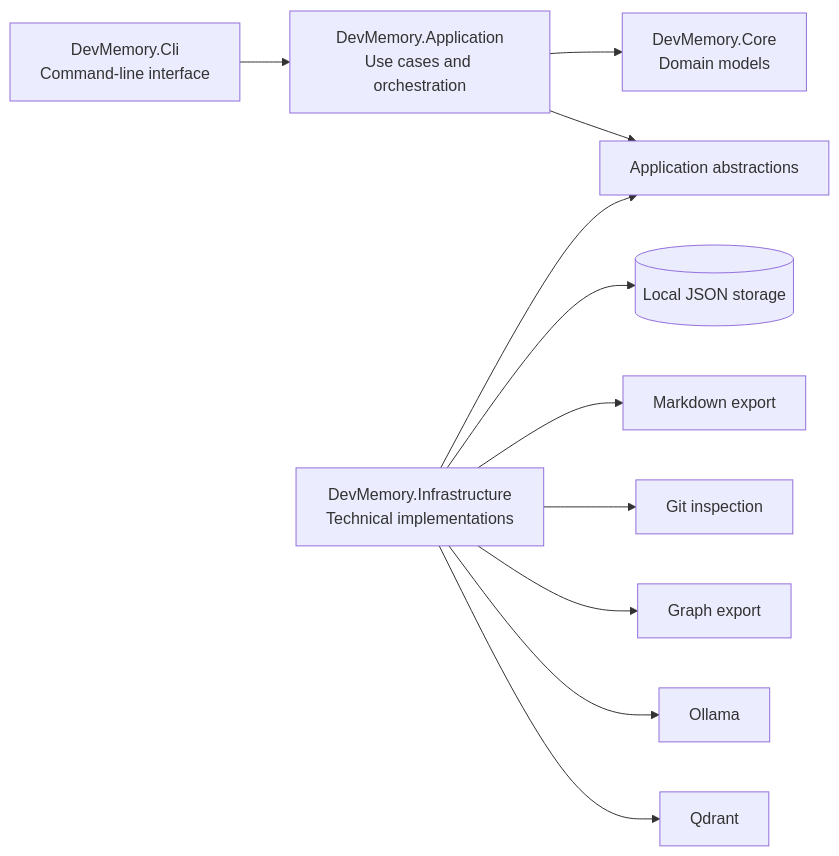
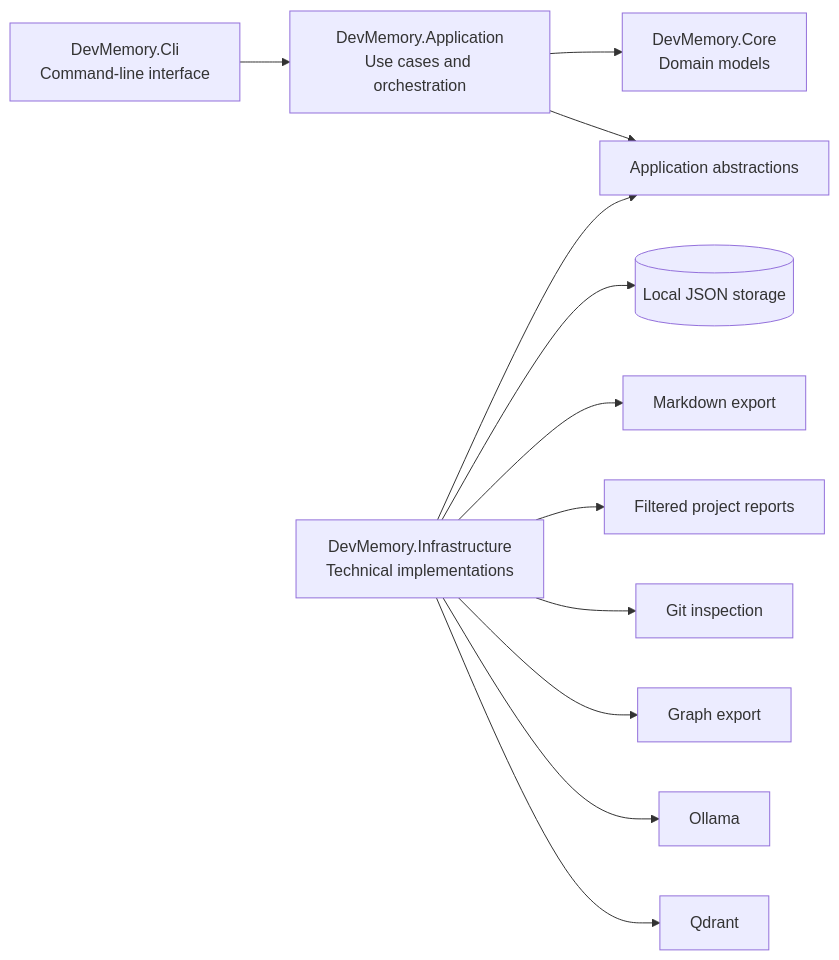
One commit to FilippoGaravaglia/DevMemory changed the second of 5 diagrams in README.md. Above: the diagram before and after it, drawn with Mermaid. The commit also changed other lines of this file and 9 other files, not shown here.

Commit message:
Add filters to project memory reports

````diff
--- a/README.md
+++ b/README.md
@@ -323,15 +331,16 @@
 ```mermaid
 flowchart LR
     CLI[DevMemory.Cli<br/>Command-line interface] --> APP[DevMemory.Application<br/>Use cases and orchestration]
     APP --> CORE[DevMemory.Core<br/>Domain models]
     APP --> ABSTRACTIONS[Application abstractions]
 
     INFRA[DevMemory.Infrastructure<br/>Technical implementations] --> ABSTRACTIONS
 
     INFRA --> JSON[(Local JSON storage)]
     INFRA --> MD[Markdown export]
+    INFRA --> REPORTS[Filtered project reports]
     INFRA --> GIT[Git inspection]
     INFRA --> GRAPH[Graph export]
     INFRA --> OLLAMA[Ollama]
     INFRA --> QDRANT[Qdrant]
 ```
````
